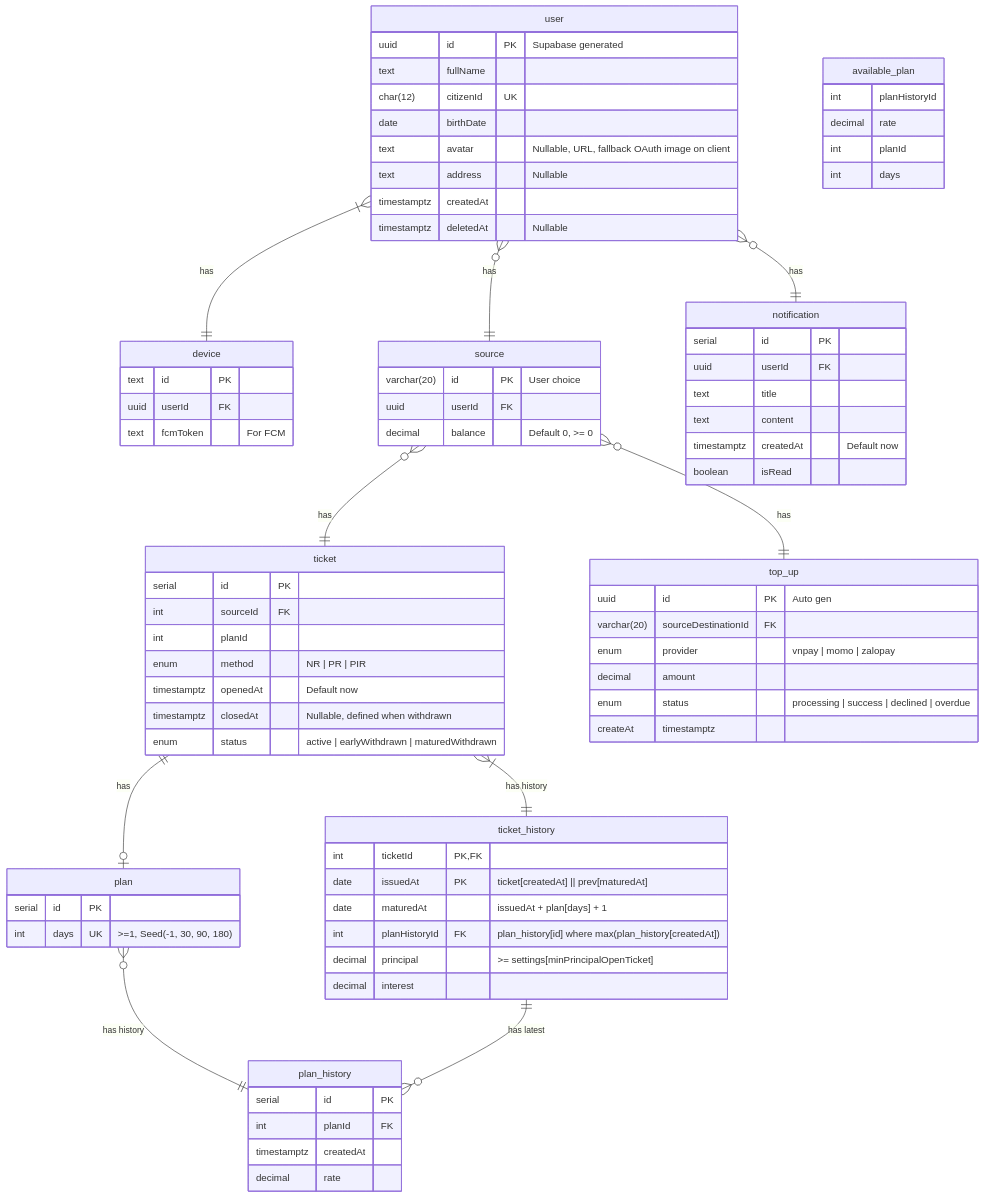
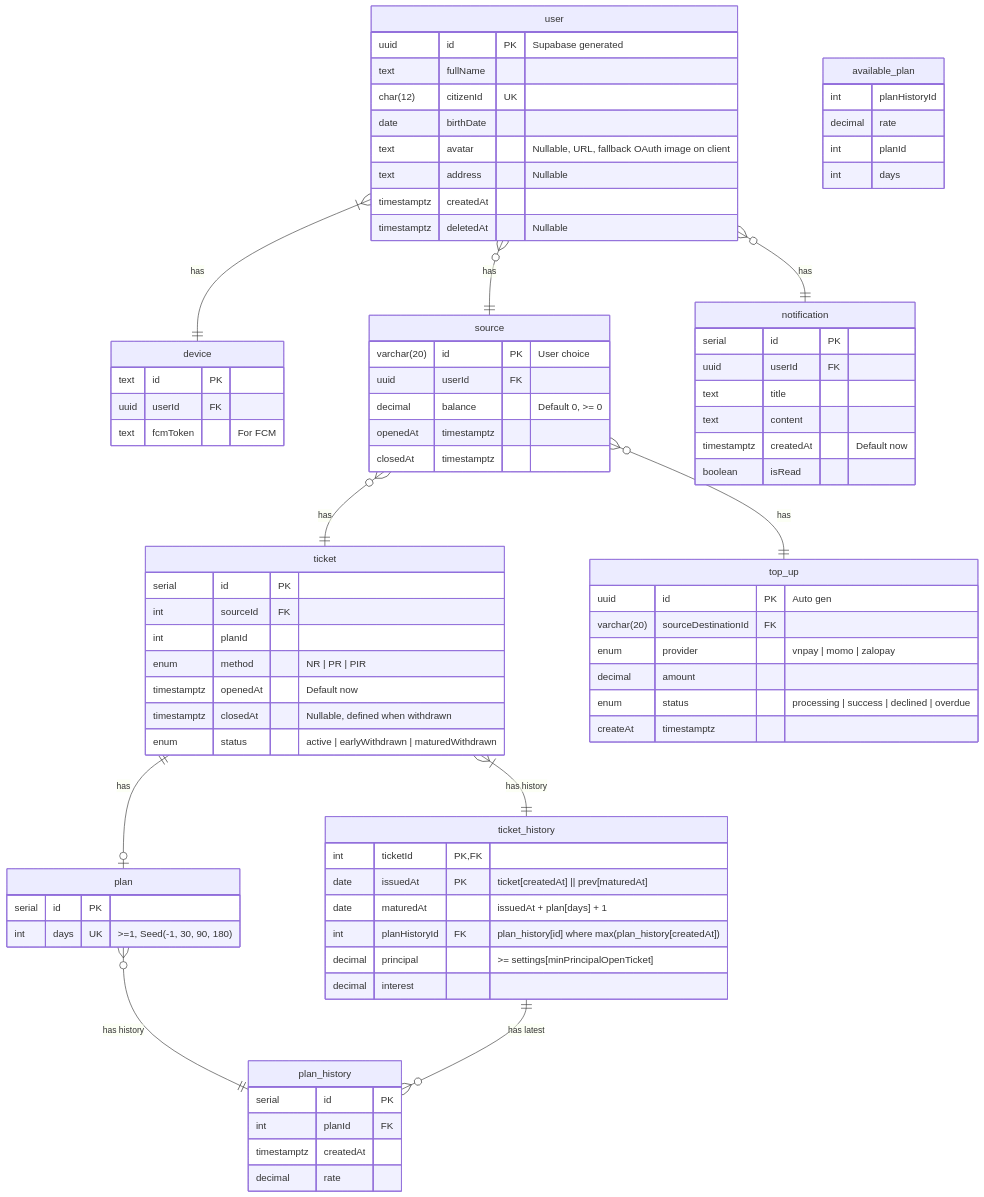
Before and after one commit to coinhub-uit/coinhub-uit.github.io: the first of 3 diagrams in docs/diagrams/database/index.md, drawn with Mermaid. The commit also changed 2 other files, not shown here.

Commit message:
fix(db): add openedAt and closedAt in source

```diff
--- a/docs/diagrams/database/index.md
+++ b/docs/diagrams/database/index.md
@@ -29,6 +29,8 @@
     varchar(20) id PK "User choice"
     uuid userId FK
     decimal balance "Default 0, >= 0"
+    openedAt timestamptz
+    closedAt timestamptz
   }
 
   plan {
```
